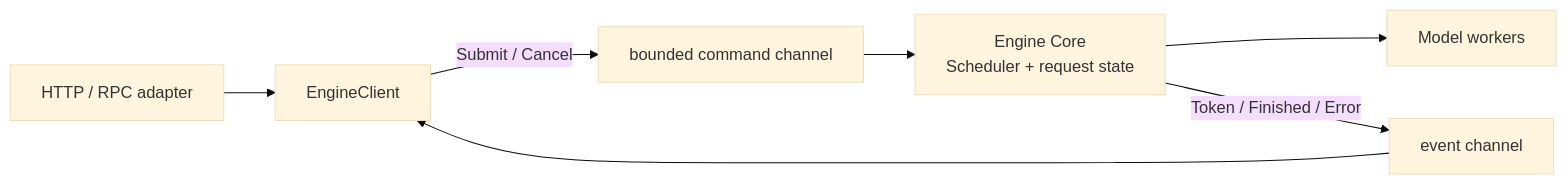
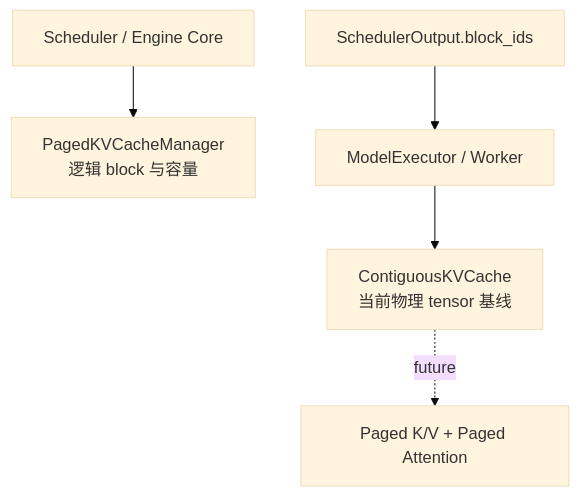
The second of 3 diagrams in docs/architecture.md (poorpaper/light-vllm), drawn with Mermaid (base theme) before and after one commit. The commit also changed other lines of this file and 57 other files, not shown here.

Commit message:
feat: add engine core and KV cache runtime

````diff
--- a/docs/architecture.md
+++ b/docs/architecture.md
@@ -142,9 +121,7 @@
 ```mermaid
-flowchart LR
-    Adapter["HTTP / RPC adapter"] --> Client["EngineClient"]
-    Client -->|Submit / Cancel| Commands["bounded command channel"]
-    Commands --> Core["Engine Core<br/>Scheduler + request state"]
-    Core --> Worker["Model workers"]
-    Core -->|Token / Finished / Error| Events["event channel"]
-    Events --> Client
+flowchart TB
+    Scheduler["Scheduler / Engine Core"] --> Logical["PagedKVCacheManager<br/>逻辑 block 与容量"]
+    Output["SchedulerOutput.block_ids"] --> Executor["ModelExecutor / Worker"]
+    Executor --> Physical["ContiguousKVCache<br/>当前物理 tensor 基线"]
+    Physical -.future.-> Paged["Paged K/V + Paged Attention"]
 ```
````
